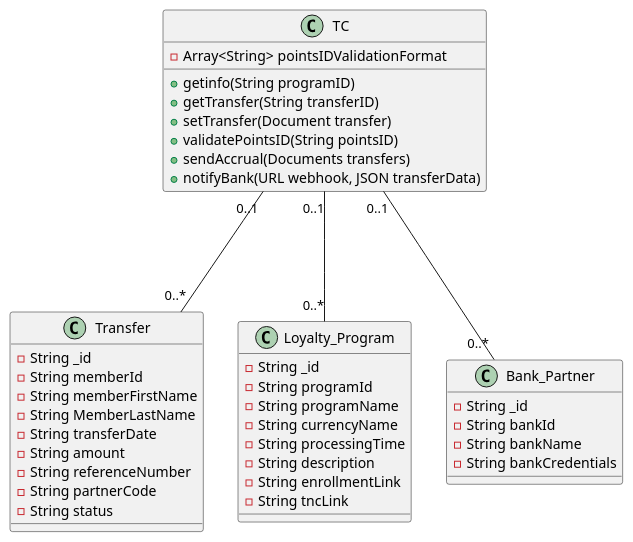
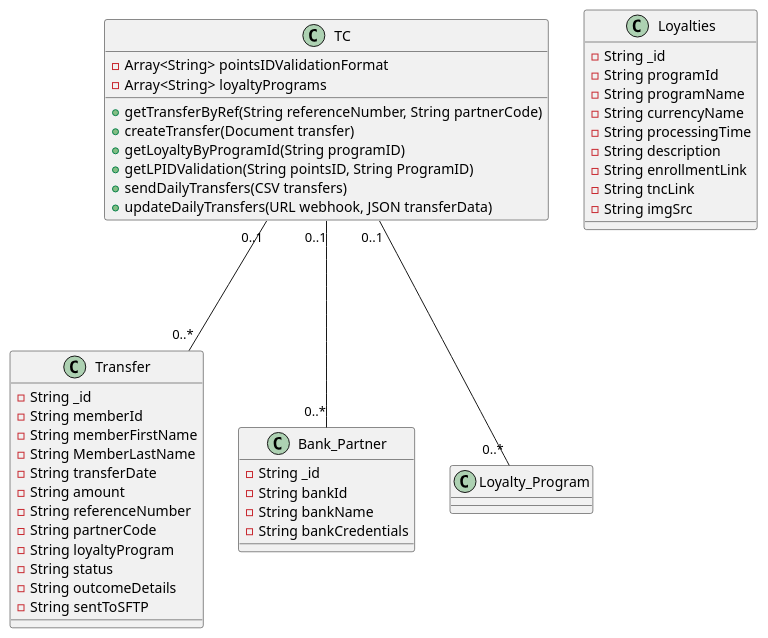
One commit to Rye123/esc-transferconnect changed the diagram in diagrams/transfer-connect/tcClassDiagram.plantuml. Above: the diagram before and after it, drawn with PlantUML.

Commit message:
docs: update TC Class Diagram

```diff
--- a/diagrams/transfer-connect/tcClassDiagram.plantuml
+++ b/diagrams/transfer-connect/tcClassDiagram.plantuml
@@ -1,48 +1,50 @@
 @startuml Class Diagram for TC
 
 class TC {
-    - Array<String> pointsIDValidationFormat    
-    + getinfo(String programID)
-    + getTransfer(String transferID)
-    + setTransfer(Document transfer)
-    + validatePointsID(String pointsID)
-    + sendAccrual(Documents transfers)
-    + notifyBank(URL webhook, JSON transferData)
-
+    - Array<String> pointsIDValidationFormat
+    - Array<String> loyaltyPrograms    
+    + getTransferByRef(String referenceNumber, String partnerCode)
+    + createTransfer(Document transfer)
+    + getLoyaltyByProgramId(String programID)
+    + getLPIDValidation(String pointsID, String ProgramID)
+    + sendDailyTransfers(CSV transfers)
+    + updateDailyTransfers(URL webhook, JSON transferData)
 }
 
 class Transfer {
     - String _id
     - String memberId
     - String memberFirstName
     - String MemberLastName
     - String transferDate
     - String amount
     - String referenceNumber
     - String partnerCode
+    - String loyaltyProgram
     - String status
+    - String outcomeDetails
+    - String sentToSFTP
 }
 
-class Loyalty_Program {
+class Loyalties {
     - String _id
     - String programId
     - String programName
     - String currencyName
     - String processingTime
     - String description
     - String enrollmentLink
     - String tncLink
+    - String imgSrc
 }
-
 class Bank_Partner {
     - String _id
     - String bankId
     - String bankName
     - String bankCredentials
 }
 
 TC "0..1" --- "0..*" Transfer
 TC "0..1" --- "0..*" Loyalty_Program
 TC "0..1" --- "0..*" Bank_Partner
-
 @enduml
```
